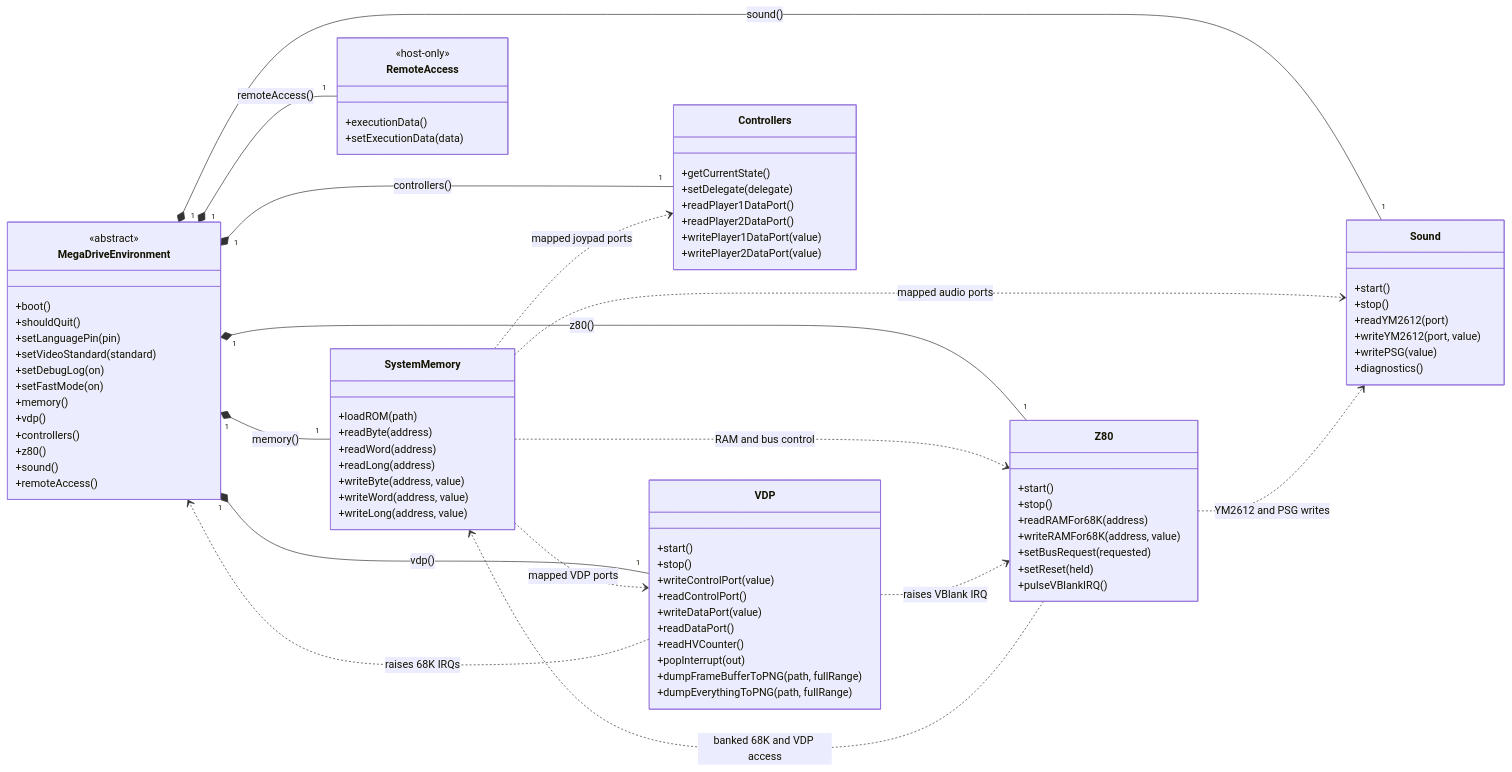
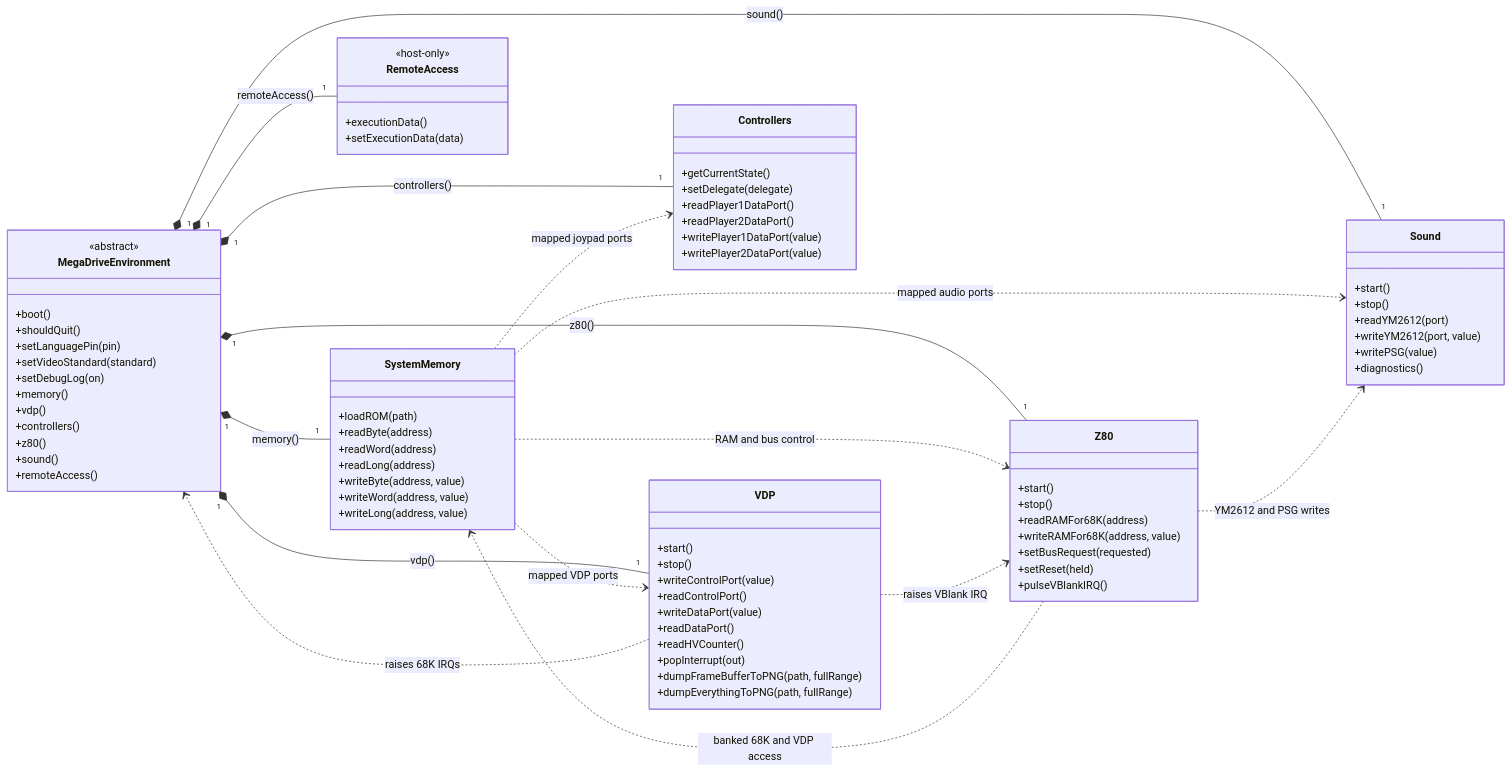
One commit to RuiNelson/MegaDriveEnvironment changed the diagram in README.md. Above: the diagram before and after it, drawn with Mermaid. The commit also changed other lines of this file and 1 other file, not shown here.

Commit message:
Remove obsolete fast mode API

```diff
--- a/README.md
+++ b/README.md
@@ -101,7 +101,6 @@
         +setLanguagePin(pin)
         +setVideoStandard(standard)
         +setDebugLog(on)
-        +setFastMode(on)
         +memory()
         +vdp()
         +controllers()
```
